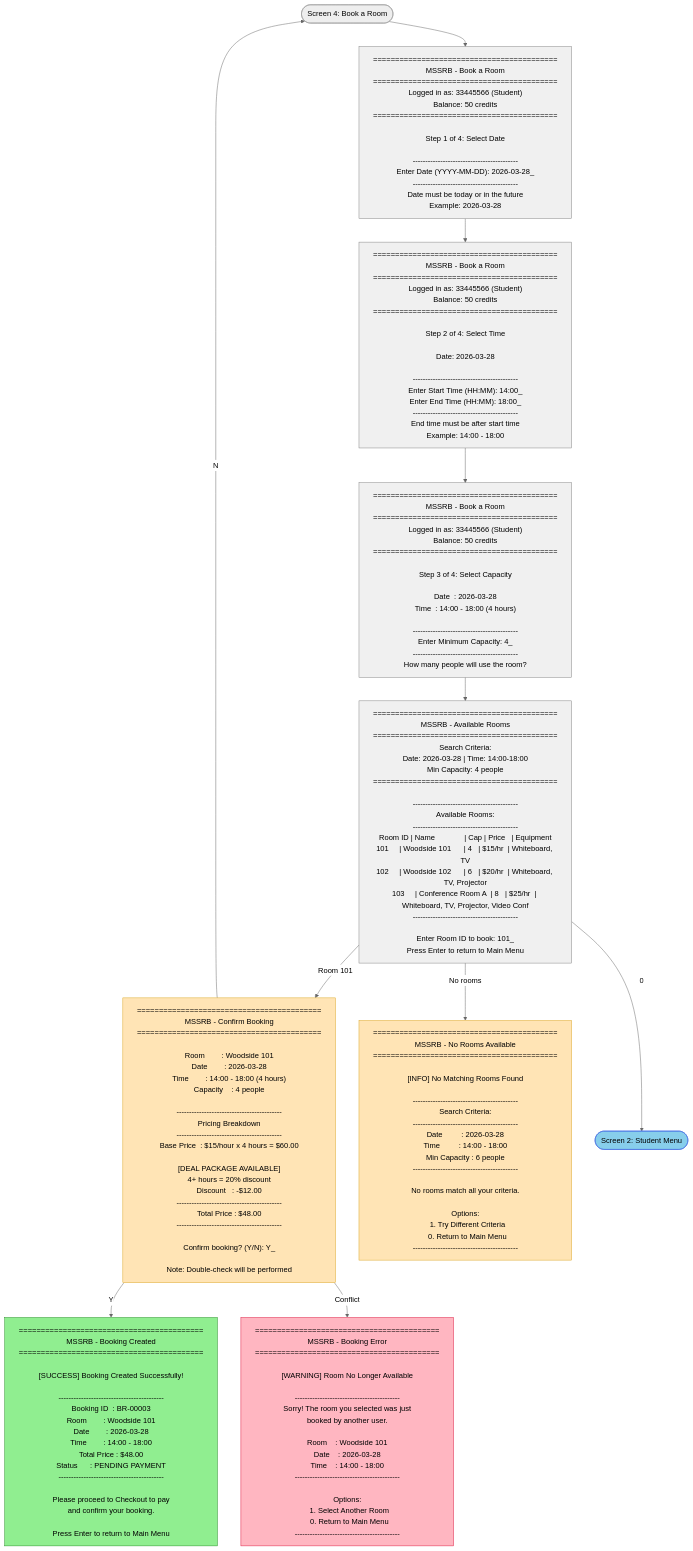
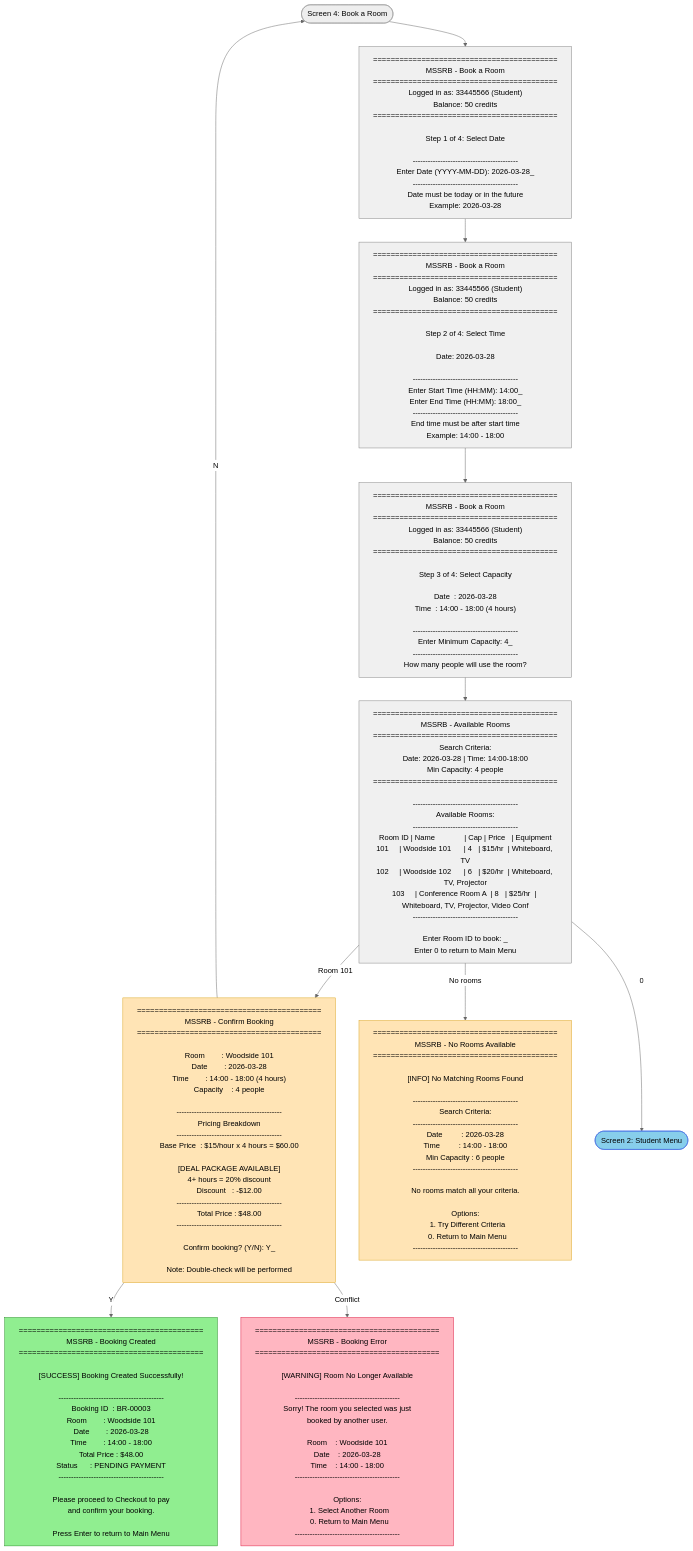
Before and after one commit to alii0110-monash/fit5136-study-room-booking: the diagram in mermaid/member_b/04_booking_flow.flowchart.mmd, drawn with Mermaid (neutral theme). The commit also changed 2 other files, not shown here.

Commit message:
Fix navigation consistency: use "Enter 0" for screens with multiple input options
- 05_checkout: Changed from "Press Enter" to "Enter 0 to return" since user can select booking ID
- 04_booking_flow: Changed from "Press Enter" to "Enter 0 to return" since user can select room ID
- 08_delete_room: Changed from "Press Enter" to "Enter 0 to return" since user can select room ID

This aligns with the convention: "Enter 0" when multiple options exist, "Press Enter" when only returning to menu.

```diff
--- a/mermaid/member_b/04_booking_flow.flowchart.mmd
+++ b/mermaid/member_b/04_booking_flow.flowchart.mmd
@@ -75,8 +75,8 @@
 103     | Conference Room A  | 8   | $25/hr  | Whiteboard, TV, Projector, Video Conf
 ------------------------------------------
 
-Enter Room ID to book: 101_
-Press Enter to return to Main Menu
+Enter Room ID to book: _
+Enter 0 to return to Main Menu
     "]
 
     B5["
```
